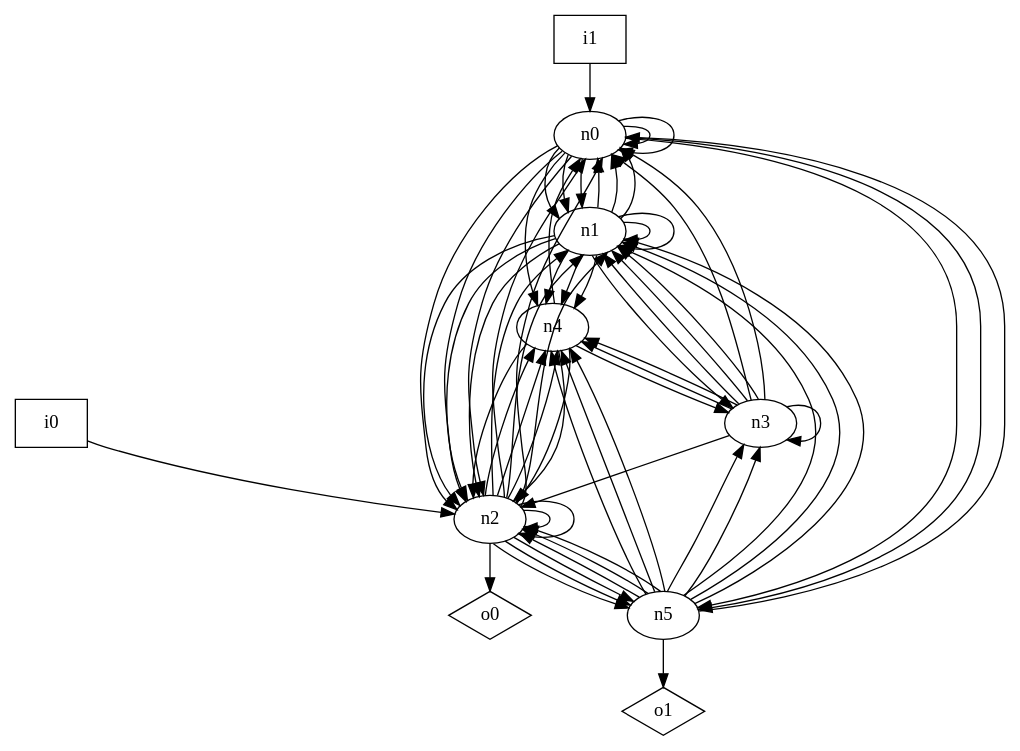
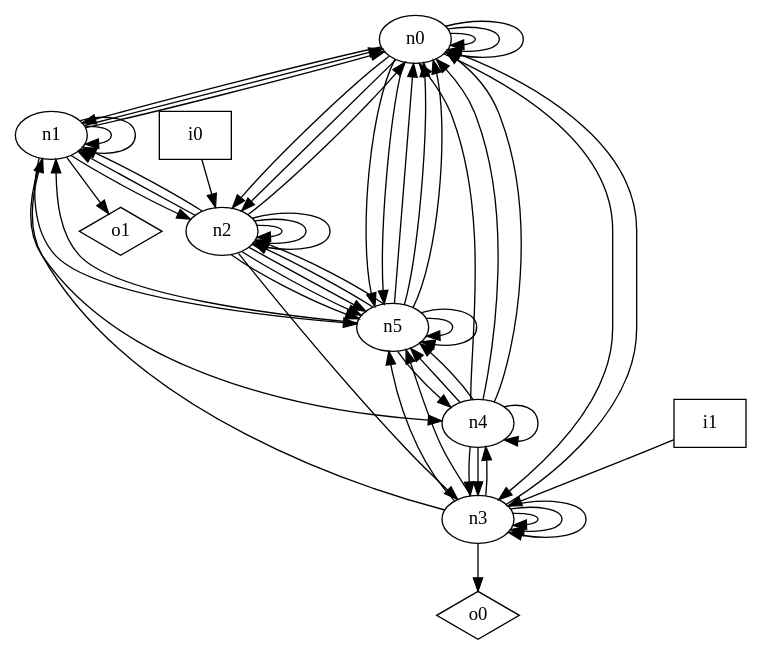
One commit to p9romain/bool-circuits changed the diagram in dot_files/random_graph/graph.dot. Above: the diagram before and after it, drawn with Graphviz. The commit also changed 47 other files, not shown here.

```diff
--- a/dot_files/random_graph/graph.dot
+++ b/dot_files/random_graph/graph.dot
@@ -1,78 +1,67 @@
 digraph G {
 n0 [label="n0"];
 n1 [label="n1"];
 n2 [label="n2"];
 n3 [label="n3"];
 n4 [label="n4"];
 n5 [label="n5"];
 n6 [label="i0",shape="box"];
 n7 [label="i1",shape="box"];
 n8 [label="o0",shape="diamond"];
 n9 [label="o1",shape="diamond"];
 n0 -> n0
 n0 -> n0
-n0 -> n1
-n0 -> n1
+n0 -> n0
 n0 -> n1
 n0 -> n2
 n0 -> n2
-n0 -> n2
-n0 -> n4
+n0 -> n3
 n0 -> n5
 n0 -> n5
-n1 -> n0
 n1 -> n0
 n1 -> n0
 n1 -> n1
 n1 -> n1
 n1 -> n2
-n1 -> n2
-n1 -> n2
-n1 -> n3
 n1 -> n4
-n1 -> n4
-n1 -> n4
+n1 -> n5
+n1 -> n9
 n2 -> n0
-n2 -> n0
-n2 -> n1
 n2 -> n1
 n2 -> n1
 n2 -> n2
 n2 -> n2
-n2 -> n4
-n2 -> n4
-n2 -> n4
+n2 -> n2
+n2 -> n3
 n2 -> n5
 n2 -> n5
 n2 -> n5
-n2 -> n8
-n3 -> n0
 n3 -> n0
 n3 -> n1
-n3 -> n1
-n3 -> n1
-n3 -> n2
+n3 -> n3
+n3 -> n3
 n3 -> n3
 n3 -> n4
-n3 -> n4
+n3 -> n5
+n3 -> n5
+n3 -> n8
 n4 -> n0
-n4 -> n2
-n4 -> n2
-n4 -> n2
+n4 -> n0
+n4 -> n0
 n4 -> n3
+n4 -> n3
+n4 -> n4
+n4 -> n5
+n4 -> n5
 n5 -> n0
-n5 -> n1
-n5 -> n1
+n5 -> n0
+n5 -> n0
 n5 -> n1
 n5 -> n2
 n5 -> n2
-n5 -> n2
-n5 -> n3
-n5 -> n3
 n5 -> n4
-n5 -> n4
-n5 -> n4
-n5 -> n9
+n5 -> n5
+n5 -> n5
 n6 -> n2
-n7 -> n0
+n7 -> n3
 }
```
